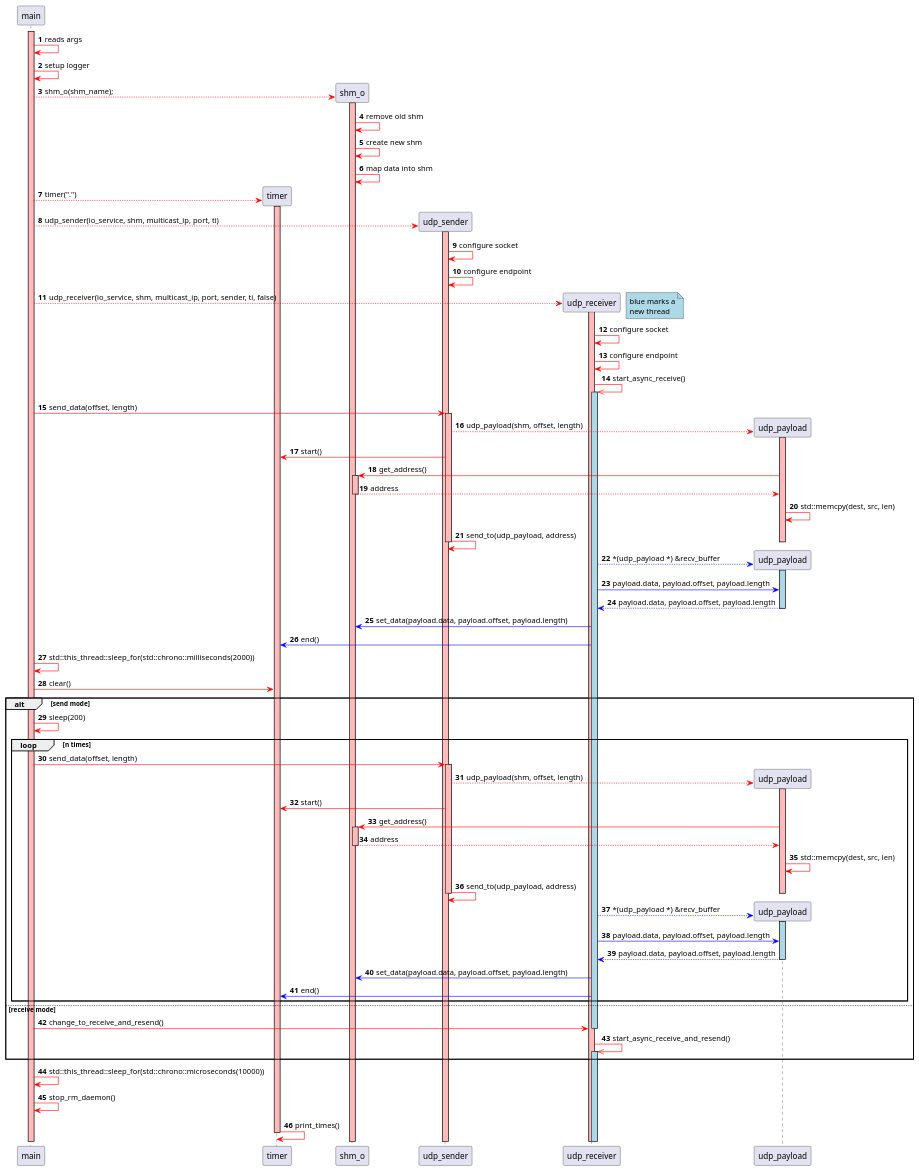
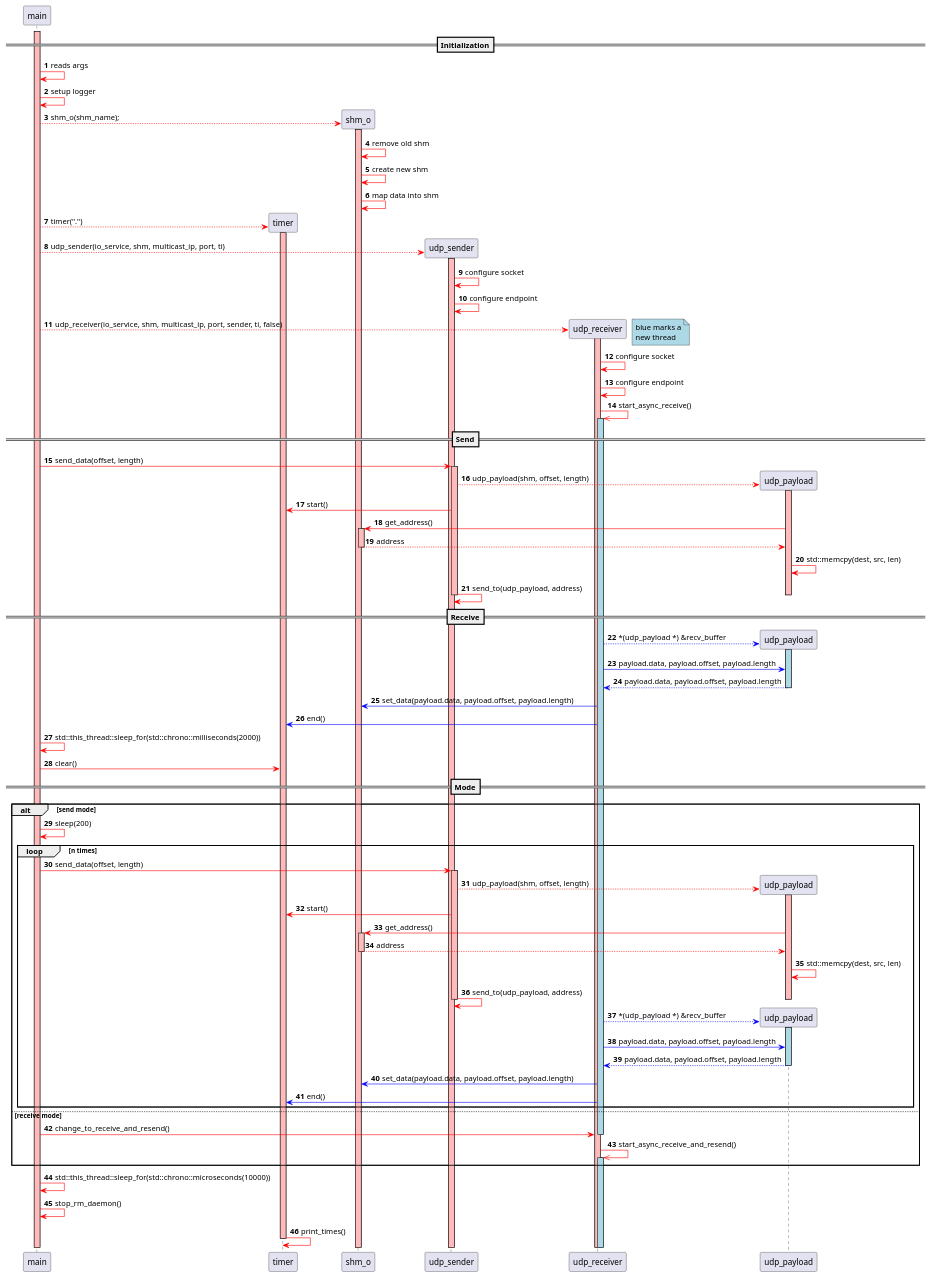
The diagram in docs/squence_messungen.puml (niklasdie/Bachelorarbeit_RM), drawn with PlantUML before and after one commit. The commit also changed 7 other files, not shown here.

Commit message:
Diagramme bearbeitet

```diff
--- a/docs/squence_messungen.puml
+++ b/docs/squence_messungen.puml
@@ -1,106 +1,111 @@
 @startuml
 
 autonumber
+'!pragma teoz true
 
 participant main order 10
 participant timer order 20
 participant shm_o order 30
 participant udp_sender order 40
 participant udp_receiver order 50
 participant udp_payload order 60
 
-'setup
+==Initialization==
 activate main #FFBBBB
 main -[#red]> main: reads args
 main -[#red]> main: setup logger
 main --[#red]> shm_o ** : shm_o(shm_name);
 activate shm_o #FFBBBB
 shm_o -[#red]> shm_o: remove old shm
 shm_o -[#red]> shm_o: create new shm
 shm_o -[#red]> shm_o: map data into shm
 main --[#red]> timer**: timer(".")
 activate timer #FFBBBB
 main --[#red]> udp_sender** : udp_sender(io_service, shm, multicast_ip, port, ti)
 activate udp_sender #FFBBBB
 udp_sender -[#red]> udp_sender: configure socket
 udp_sender -[#red]> udp_sender: configure endpoint
 main --[#red]> udp_receiver** : udp_receiver(io_service, shm, multicast_ip, port, sender, ti, false)
 activate udp_receiver #FFBBBB
 note right #lightblue
 blue marks a
 new thread
 end note
 udp_receiver -[#red]> udp_receiver: configure socket
 udp_receiver -[#red]> udp_receiver: configure endpoint
 udp_receiver -[#red]>> udp_receiver : start_async_receive()
 activate udp_receiver #lightblue
 
-'send
-main -[#red]> udp_sender : send_data(offset, length)
+==Send==
+{start} main -[#red]> udp_sender : send_data(offset, length)
 activate udp_sender #FFBBBB
 udp_sender --[#red]> udp_payload **: udp_payload(shm, offset, length)
 activate udp_payload #FFBBBB
 udp_sender -[#red]> timer: start()
         udp_payload -[#red]> shm_o : get_address()
 activate shm_o #FFBBBB
         shm_o --[#red]> udp_payload : address
 deactivate shm_o
 udp_payload -[#red]> udp_payload: std::memcpy(dest, src, len)
 udp_sender -[#red]> udp_sender: send_to(udp_payload, address)
 deactivate udp_payload
 deactivate udp_sender
 
-'receive
+==Receive==
 udp_receiver --[#blue]> udp_payload **: *(udp_payload *) &recv_buffer
 activate udp_payload #lightblue
 udp_receiver -[#blue]> udp_payload: payload.data, payload.offset, payload.length
 udp_payload --[#blue]> udp_receiver: payload.data, payload.offset, payload.length
 deactivate udp_payload
-udp_receiver -[#blue]> shm_o : set_data(payload.data, payload.offset, payload.length)
+{end} udp_receiver -[#blue]> shm_o : set_data(payload.data, payload.offset, payload.length)
 udp_receiver -[#blue]> timer: end()
+
+'{start} <-> {end}: Latenz
 
 main -[#red]> main: std::this_thread::sleep_for(std::chrono::milliseconds(2000))
 main -[#red]> timer : clear()
+
+==Mode==
 
 alt send mode
     main -[#red]> main : sleep(200)
     loop n times
         main -[#red]> udp_sender : send_data(offset, length)
         activate udp_sender #FFBBBB
         udp_sender --[#red]> udp_payload **: udp_payload(shm, offset, length)
         activate udp_payload #FFBBBB
         udp_sender -[#red]> timer: start()
                 udp_payload -[#red]> shm_o : get_address()
         activate shm_o #FFBBBB
                 shm_o --[#red]> udp_payload : address
         deactivate shm_o
         udp_payload -[#red]> udp_payload: std::memcpy(dest, src, len)
         udp_sender -[#red]> udp_sender: send_to(udp_payload, address)
         deactivate udp_payload
         deactivate udp_sender
 
         'receive
         udp_receiver --[#blue]> udp_payload **: *(udp_payload *) &recv_buffer
         activate udp_payload #lightblue
         udp_receiver -[#blue]> udp_payload: payload.data, payload.offset, payload.length
         udp_payload --[#blue]> udp_receiver: payload.data, payload.offset, payload.length
         deactivate udp_payload
         udp_receiver -[#blue]> shm_o : set_data(payload.data, payload.offset, payload.length)
         udp_receiver -[#blue]> timer: end()
     end
 else receive mode
     main -[#red]> udp_receiver : change_to_receive_and_resend()
     deactivate udp_receiver
     udp_receiver -[#red]>> udp_receiver : start_async_receive_and_resend()
     activate udp_receiver #lightblue
 end
 
 main -[#red]> main : std::this_thread::sleep_for(std::chrono::microseconds(10000))
 
 main -[#red]> main : stop_rm_daemon()
 
 timer -[#red]> timer : print_times()
 deactivate timer
 
 
 @enduml
```
